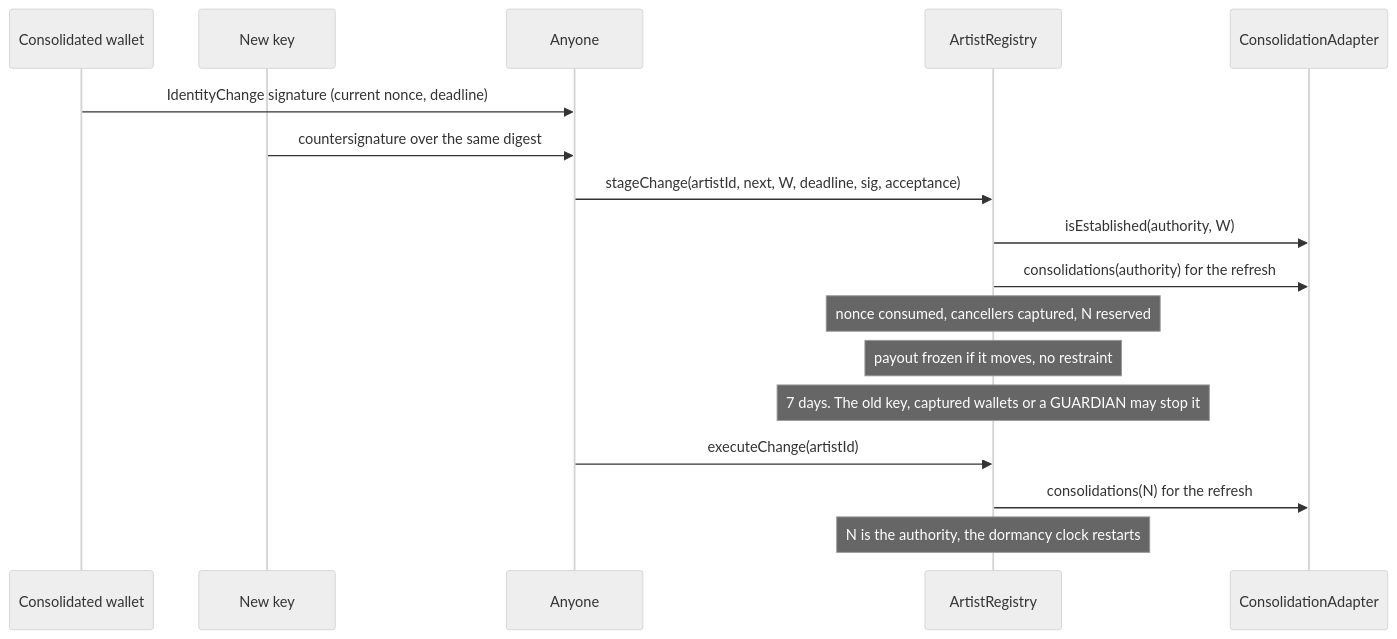
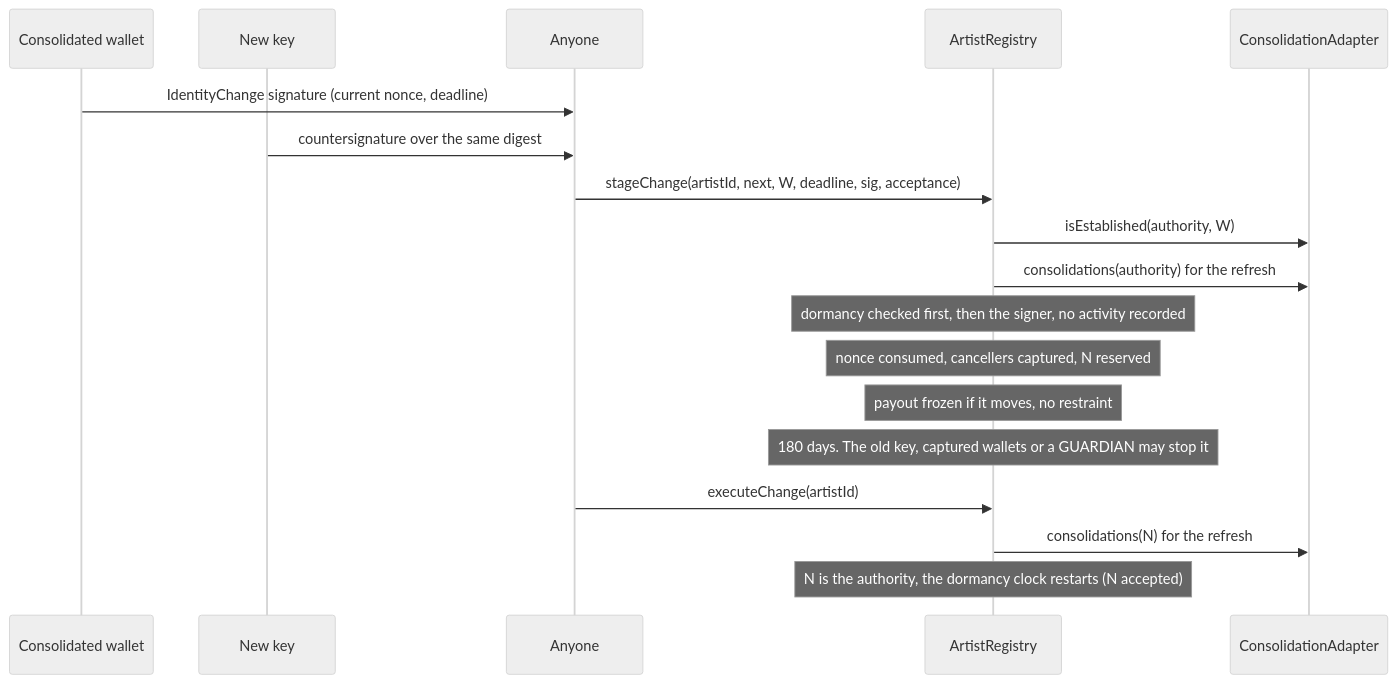
Before and after one commit to 6529-Collections/6529-works: the third of 8 diagrams in docs/spec/identity-and-recovery.md, drawn with Mermaid (neutral theme). The commit also changed other lines of this file and 369 other files, not shown here.

````diff
--- a/docs/spec/identity-and-recovery.md
+++ b/docs/spec/identity-and-recovery.md
@@ -272,19 +413,20 @@
 ```mermaid
 sequenceDiagram
     participant W as Consolidated wallet
     participant N as New key
     participant Anyone
     participant R as ArtistRegistry
     participant S as ConsolidationAdapter
     W->>Anyone: IdentityChange signature (current nonce, deadline)
     N->>Anyone: countersignature over the same digest
     Anyone->>R: stageChange(artistId, next, W, deadline, sig, acceptance)
     R->>S: isEstablished(authority, W)
     R->>S: consolidations(authority) for the refresh
+    Note over R: dormancy checked first, then the signer, no activity recorded
     Note over R: nonce consumed, cancellers captured, N reserved
     Note over R: payout frozen if it moves, no restraint
-    Note over R: 7 days. The old key, captured wallets or a GUARDIAN may stop it
+    Note over R: 180 days. The old key, captured wallets or a GUARDIAN may stop it
     Anyone->>R: executeChange(artistId)
     R->>S: consolidations(N) for the refresh
-    Note over R: N is the authority, the dormancy clock restarts
+    Note over R: N is the authority, the dormancy clock restarts (N accepted)
 ```
````
